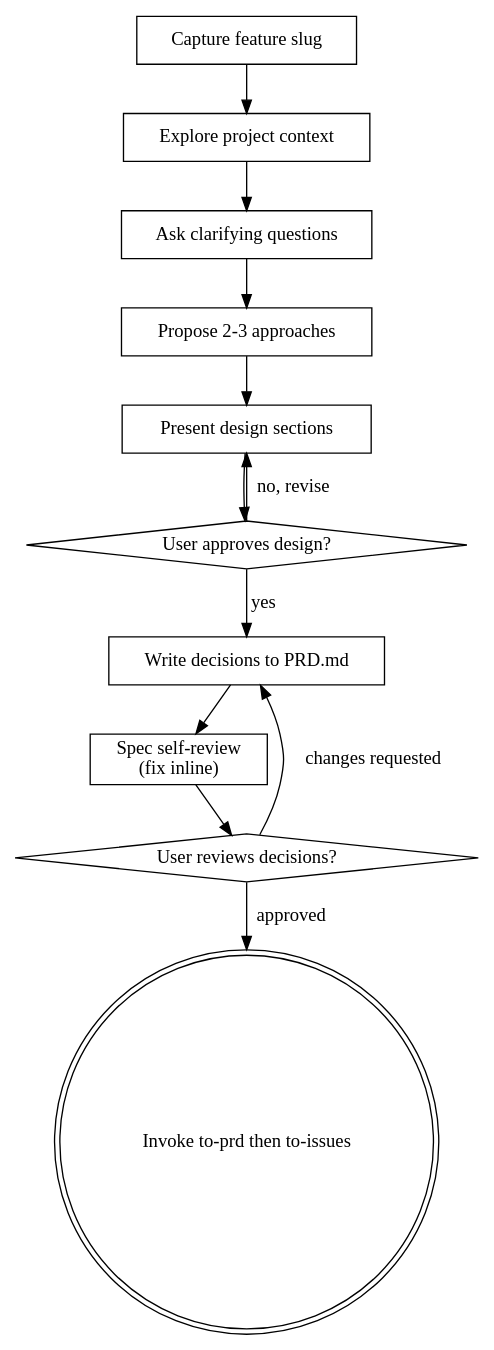
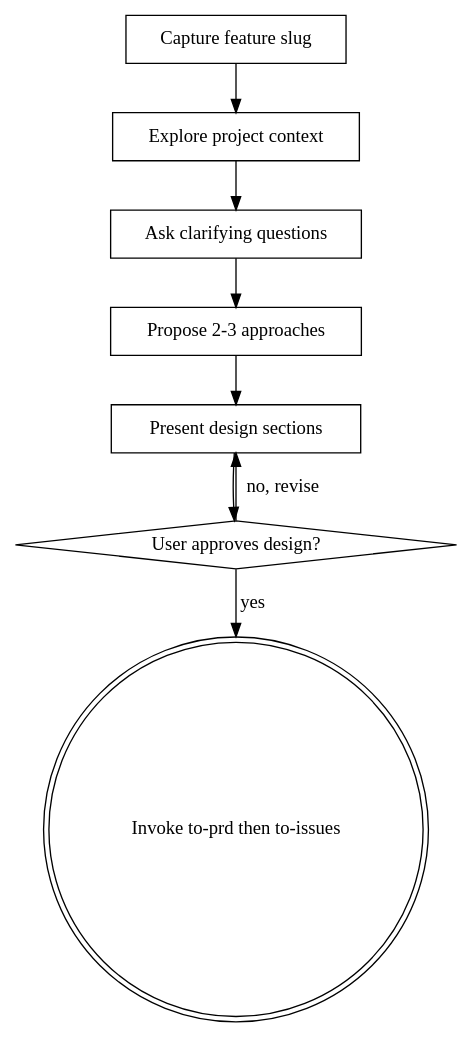
One commit to ypxing/coding-crew changed the diagram in skills/crew-brainstorm/SKILL.md. Above: the diagram before and after it, drawn with Graphviz. The commit also changed other lines of this file, not shown here.

Commit message:
simplify crew-brainstorm: remove pre-writing decisions step, let to-prd handle it

````diff
--- a/skills/crew-brainstorm/SKILL.md
+++ b/skills/crew-brainstorm/SKILL.md
@@ -47,26 +44,19 @@
 ```dot
 digraph brainstorming {
     "Capture feature slug" [shape=box];
     "Explore project context" [shape=box];
     "Ask clarifying questions" [shape=box];
     "Propose 2-3 approaches" [shape=box];
     "Present design sections" [shape=box];
     "User approves design?" [shape=diamond];
-    "Write decisions to PRD.md" [shape=box];
-    "Spec self-review\n(fix inline)" [shape=box];
-    "User reviews decisions?" [shape=diamond];
     "Invoke to-prd then to-issues" [shape=doublecircle];
 
     "Capture feature slug" -> "Explore project context";
     "Explore project context" -> "Ask clarifying questions";
     "Ask clarifying questions" -> "Propose 2-3 approaches";
     "Propose 2-3 approaches" -> "Present design sections";
     "Present design sections" -> "User approves design?";
     "User approves design?" -> "Present design sections" [label="no, revise"];
-    "User approves design?" -> "Write decisions to PRD.md" [label="yes"];
-    "Write decisions to PRD.md" -> "Spec self-review\n(fix inline)";
-    "Spec self-review\n(fix inline)" -> "User reviews decisions?";
-    "User reviews decisions?" -> "Write decisions to PRD.md" [label="changes requested"];
-    "User reviews decisions?" -> "Invoke to-prd then to-issues" [label="approved"];
+    "User approves design?" -> "Invoke to-prd then to-issues" [label="yes"];
 }
 ```
````
